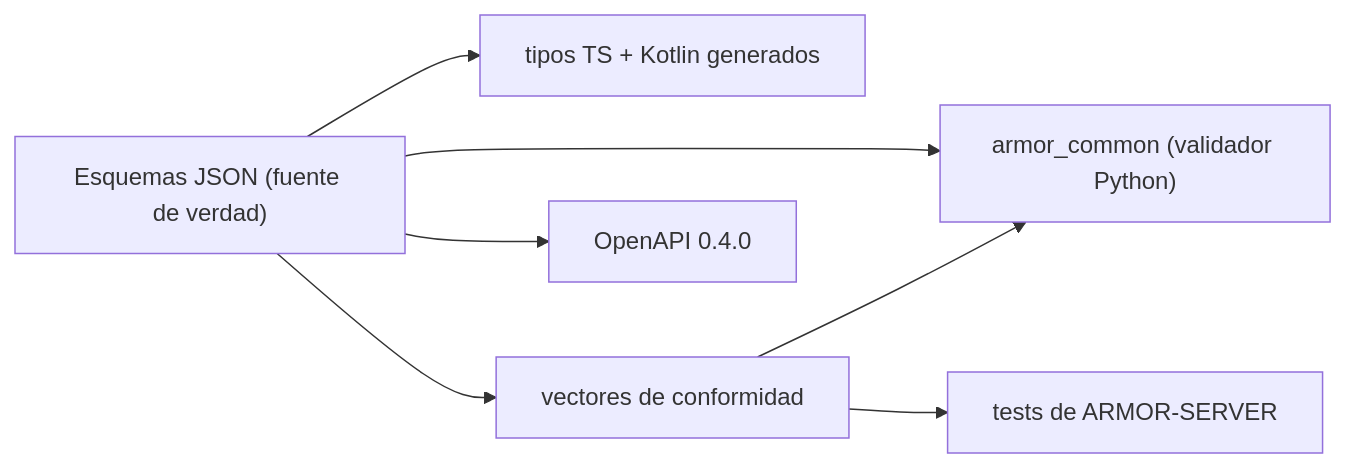
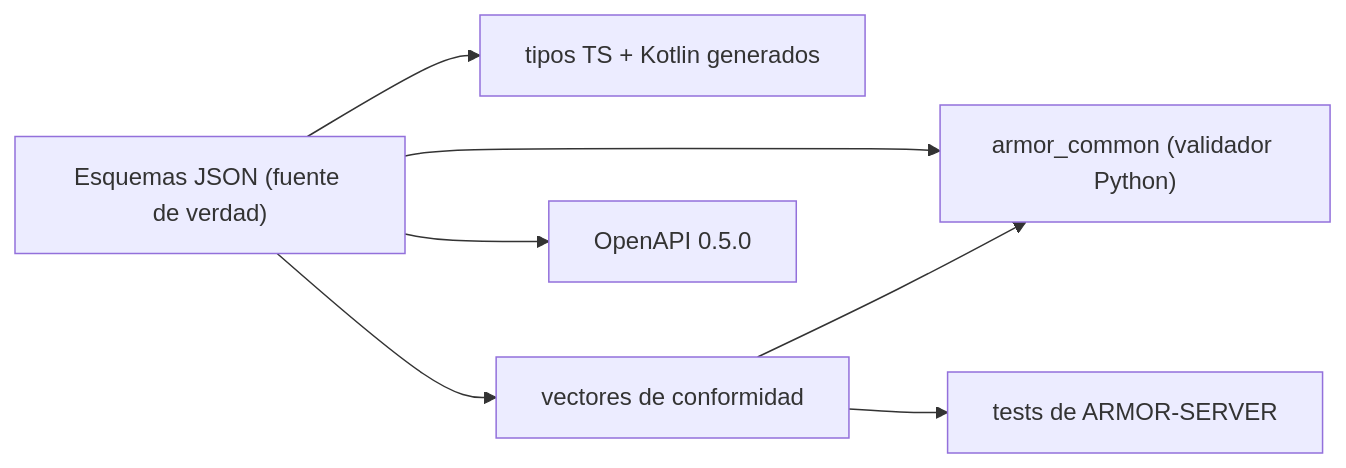
One commit to JuanenRac/ARMOR-COMMON changed the diagram in README_spa.md. Above: the diagram before and after it, drawn with Mermaid. The commit also changed other lines of this file and 6 other files, not shown here.

````diff
--- a/README_spa.md
+++ b/README_spa.md
@@ -39,9 +39,9 @@
 ```mermaid
 flowchart LR
     S["Esquemas JSON (fuente de verdad)"] --> P["armor_common (validador Python)"]
     S --> G["tipos TS + Kotlin generados"]
     S --> V["vectores de conformidad"]
     V --> P
     V --> T["tests de ARMOR-SERVER"]
-    S --> O["OpenAPI 0.4.0"]
+    S --> O["OpenAPI 0.5.0"]
 ```
````
